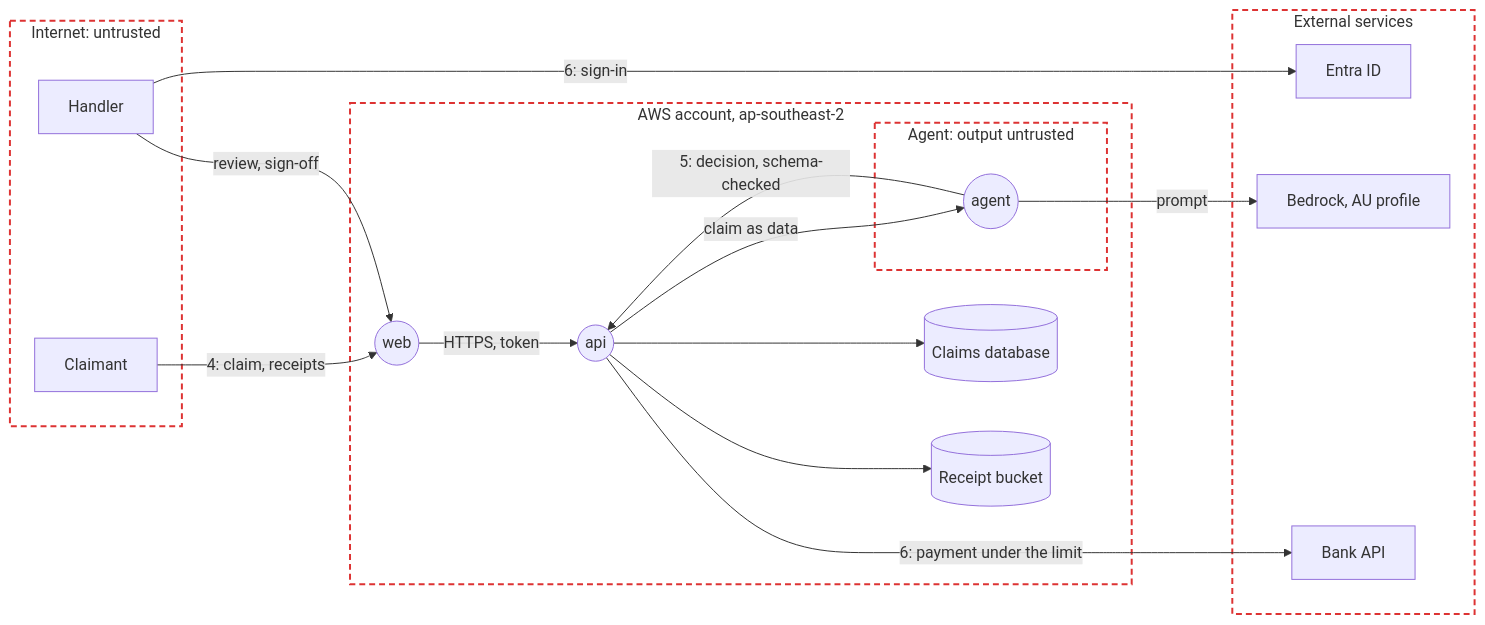
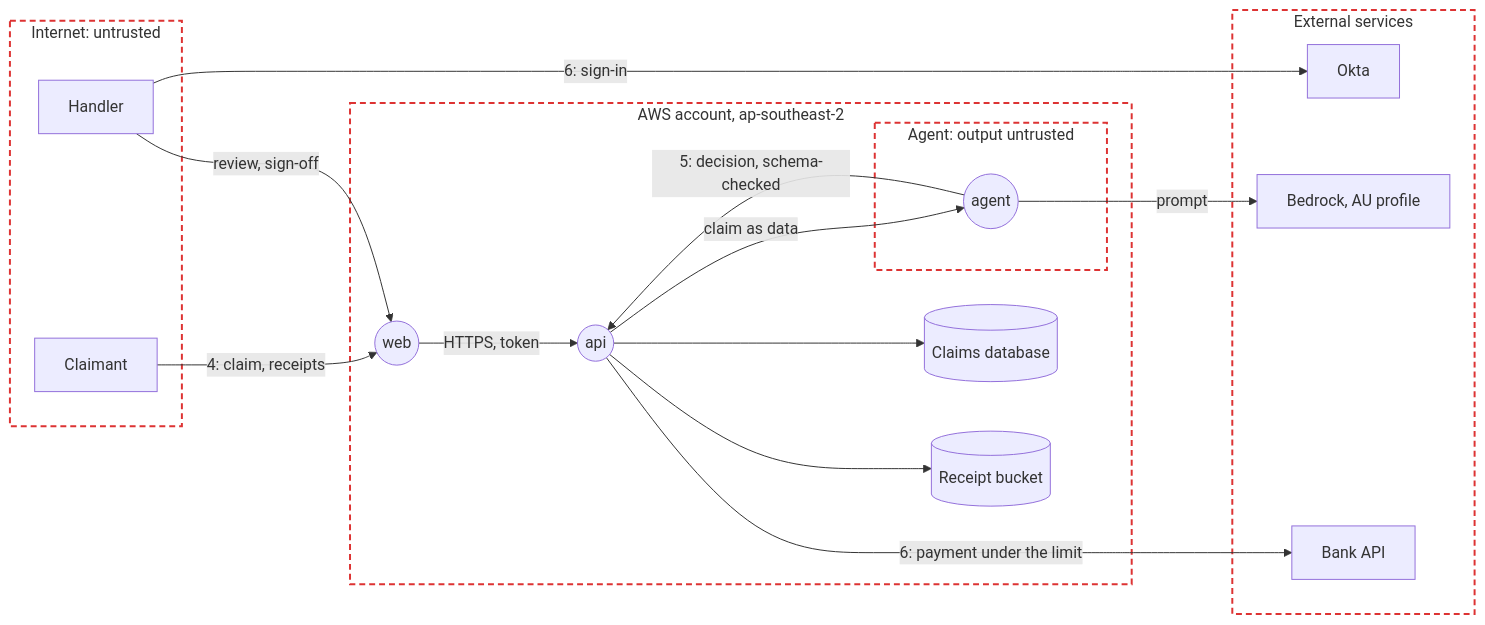
Before and after one commit to euginevd/sdlc-template: the diagram in docs/threat-model.md, drawn with Mermaid. The commit also changed other lines of this file and 1 other file, not shown here.

Commit message:
Staff sign in with Okta

````diff
--- a/docs/threat-model.md
+++ b/docs/threat-model.md
@@ -7,33 +7,33 @@
 ```mermaid
 flowchart LR
   subgraph internet ["Internet: untrusted"]
     claimant[Claimant]
     handler[Handler]
   end
   subgraph aws ["AWS account, ap-southeast-2"]
     web((web))
     api((api))
     db[(Claims database)]
     bucket[(Receipt bucket)]
     subgraph agentzone ["Agent: output untrusted"]
       agent((agent))
     end
   end
   subgraph third ["External services"]
-    entra[Entra ID]
+    okta[Okta]
     bedrock[Bedrock, AU profile]
     bank[Bank API]
   end
   claimant -- "4: claim, receipts" --> web
-  handler -- "6: sign-in" --> entra
+  handler -- "6: sign-in" --> okta
   handler -- "review, sign-off" --> web
   web -- "HTTPS, token" --> api
   api --> db
   api --> bucket
   api -- "claim as data" --> agent
   agent -- prompt --> bedrock
   agent -- "5: decision, schema-checked" --> api
   api -- "6: payment under the limit" --> bank
   classDef boundary fill:none,stroke:#d33,stroke-width:2px,stroke-dasharray:6 4
   class internet,aws,agentzone,third boundary
 ```
````
